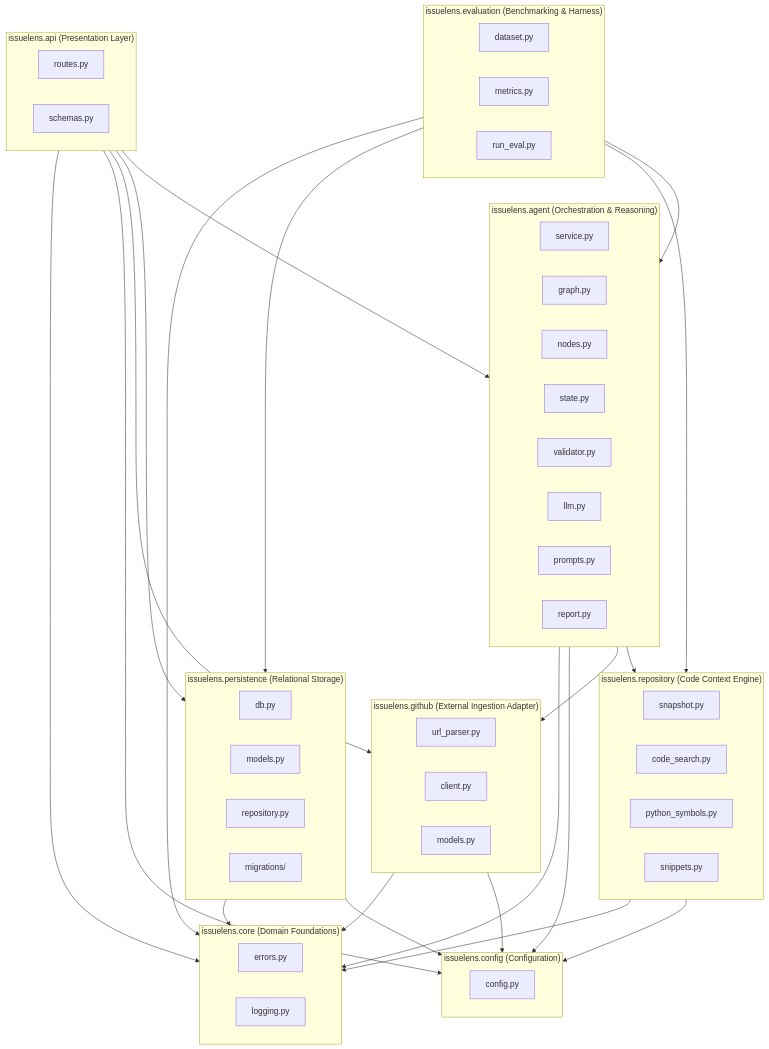
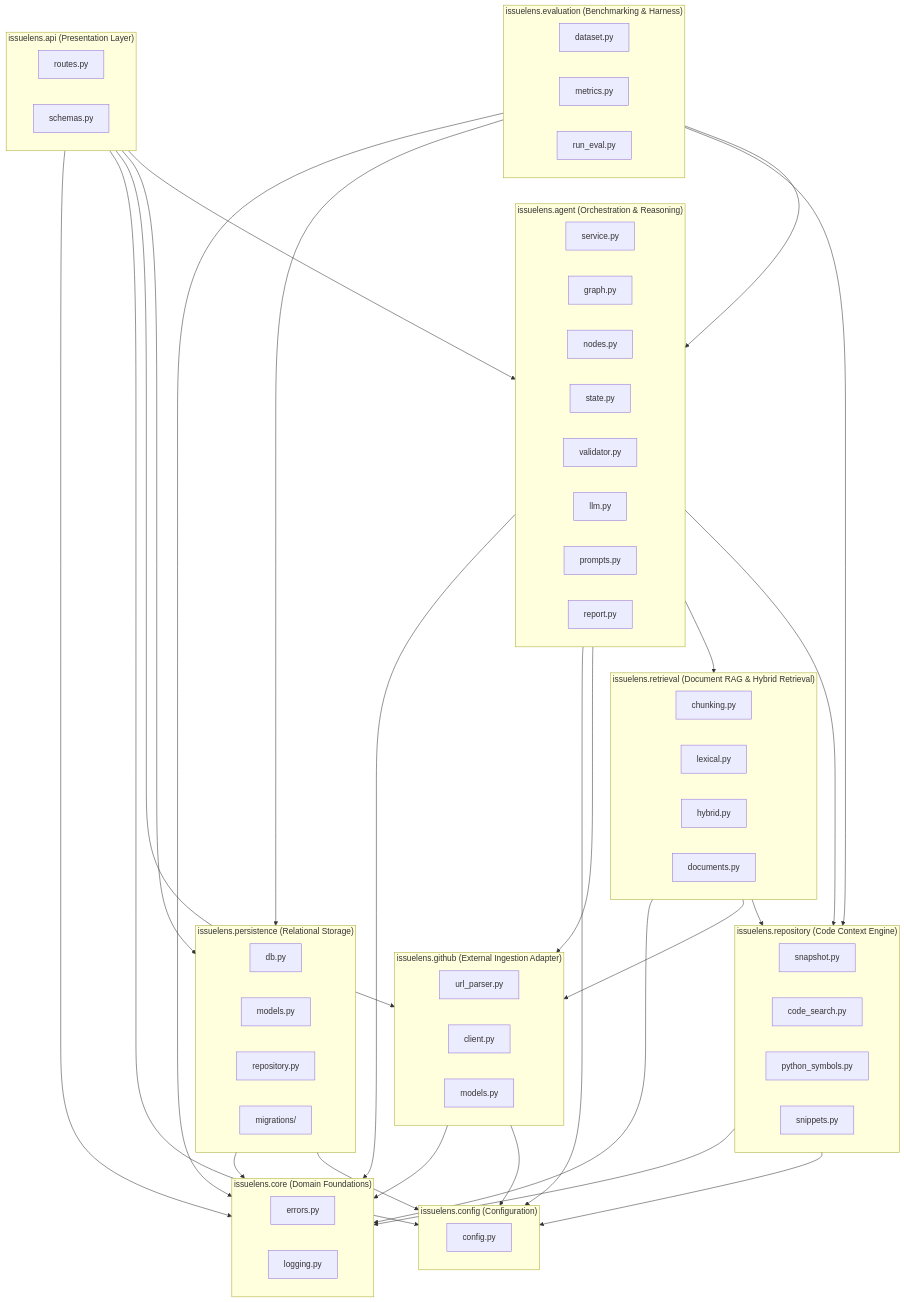
Before and after one commit to vishwaskotegar/Issuelens: the diagram in docs/architecture/codebase-map.md, drawn with Mermaid. The commit also changed other lines of this file and 6 other files, not shown here.

Commit message:
docs: record ADR-009, update architecture blueprints, learning guide, and build log for Phase 8

```diff
--- a/docs/architecture/codebase-map.md
+++ b/docs/architecture/codebase-map.md
@@ -37,6 +37,13 @@
         LLM["llm.py"]
         Prompts["prompts.py"]
         ReportModels["report.py"]
+    end
+
+    subgraph Retrieval["issuelens.retrieval (Document RAG & Hybrid Retrieval)"]
+        Chunking["chunking.py"]
+        Lexical["lexical.py"]
+        Hybrid["hybrid.py"]
+        Documents["documents.py"]
     end
 
     subgraph Repository["issuelens.repository (Code Context Engine)"]
@@ -77,9 +84,14 @@
     Evaluation --> Core
 
     Agent --> Repository
+    Agent --> Retrieval
     Agent --> GitHub
     Agent --> Config
     Agent --> Core
+
+    Retrieval --> Repository
+    Retrieval --> GitHub
+    Retrieval --> Core
 
     Repository --> Config
     Repository --> Core
```
